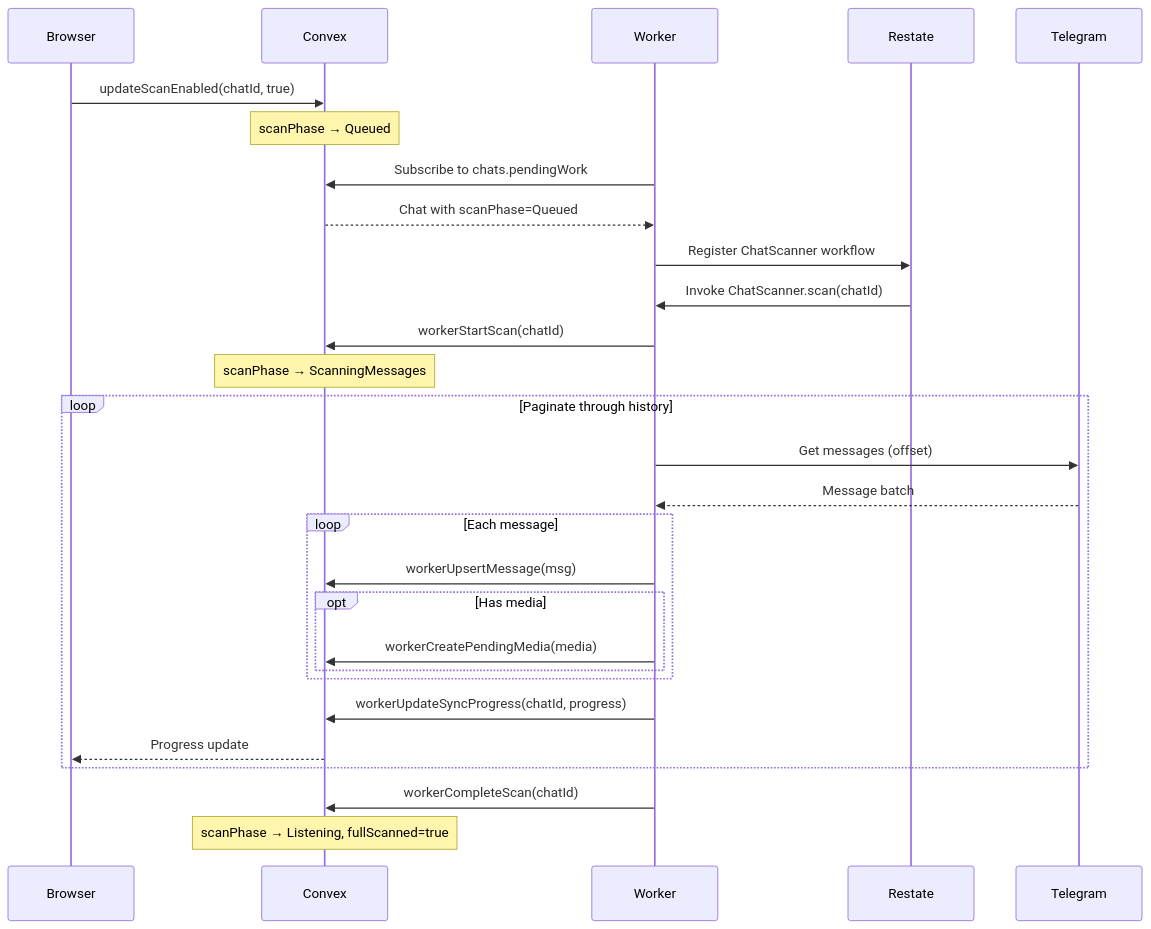
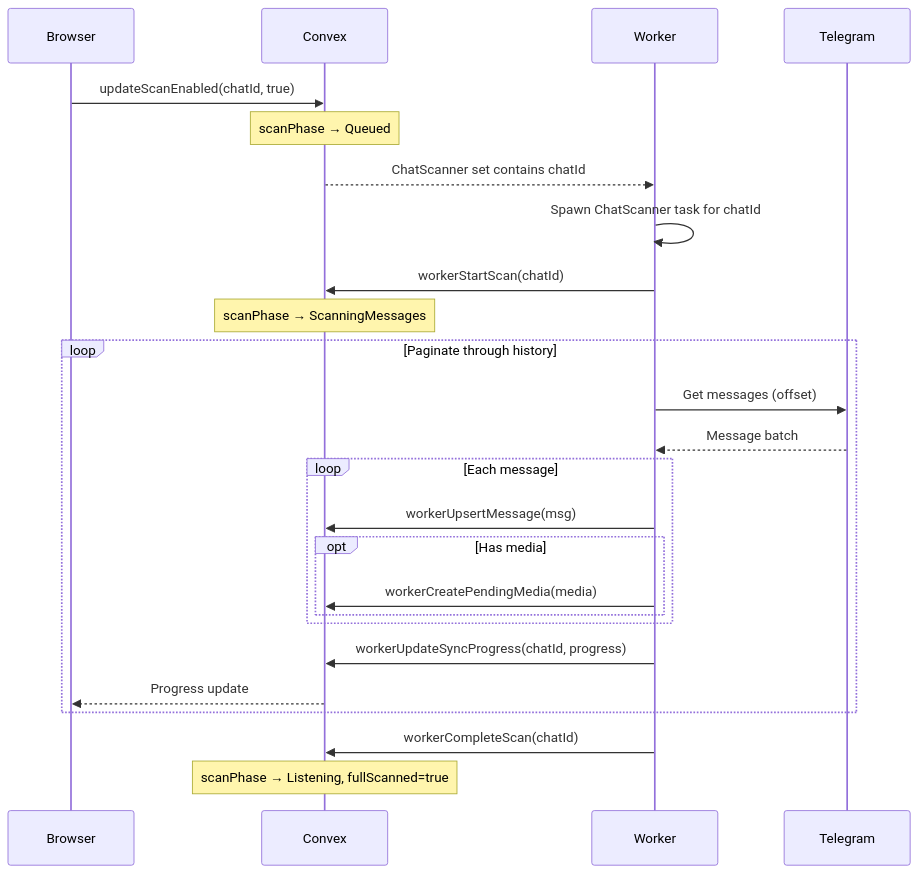
Before and after one commit to nickcomua/crm-chat: the third of 8 diagrams in docs/ARCHITECTURE.md, drawn with Mermaid. The commit also changed other lines of this file and 203 other files, not shown here.

````diff
--- a/docs/ARCHITECTURE.md
+++ b/docs/ARCHITECTURE.md
@@ -137,38 +127,34 @@
 ```mermaid
 sequenceDiagram
     participant UI as Browser
     participant C as Convex
     participant W as Worker
-    participant R as Restate
     participant TG as Telegram
 
     UI->>C: updateScanEnabled(chatId, true)
     Note over C: scanPhase → Queued
 
-    W->>C: Subscribe to chats.pendingWork
-    C-->>W: Chat with scanPhase=Queued
-
-    W->>R: Register ChatScanner workflow
-    R->>W: Invoke ChatScanner.scan(chatId)
+    C-->>W: ChatScanner set contains chatId
+    W->>W: Spawn ChatScanner task for chatId
 
     W->>C: workerStartScan(chatId)
     Note over C: scanPhase → ScanningMessages
 
     loop Paginate through history
         W->>TG: Get messages (offset)
         TG-->>W: Message batch
 
         loop Each message
             W->>C: workerUpsertMessage(msg)
             opt Has media
                 W->>C: workerCreatePendingMedia(media)
             end
         end
 
         W->>C: workerUpdateSyncProgress(chatId, progress)
         C-->>UI: Progress update
     end
 
     W->>C: workerCompleteScan(chatId)
     Note over C: scanPhase → Listening, fullScanned=true
 ```
````
